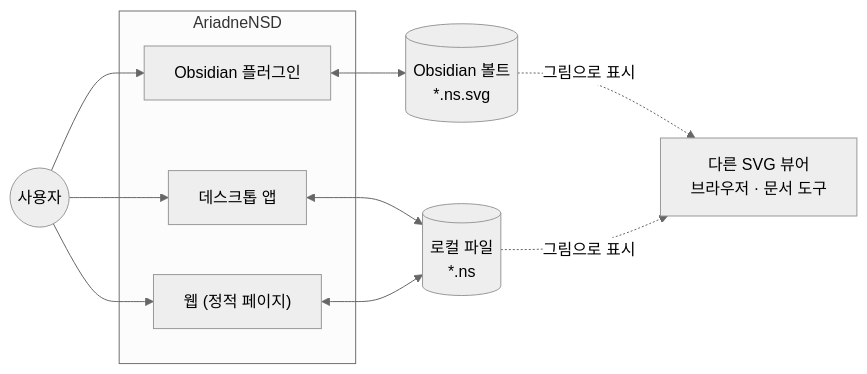
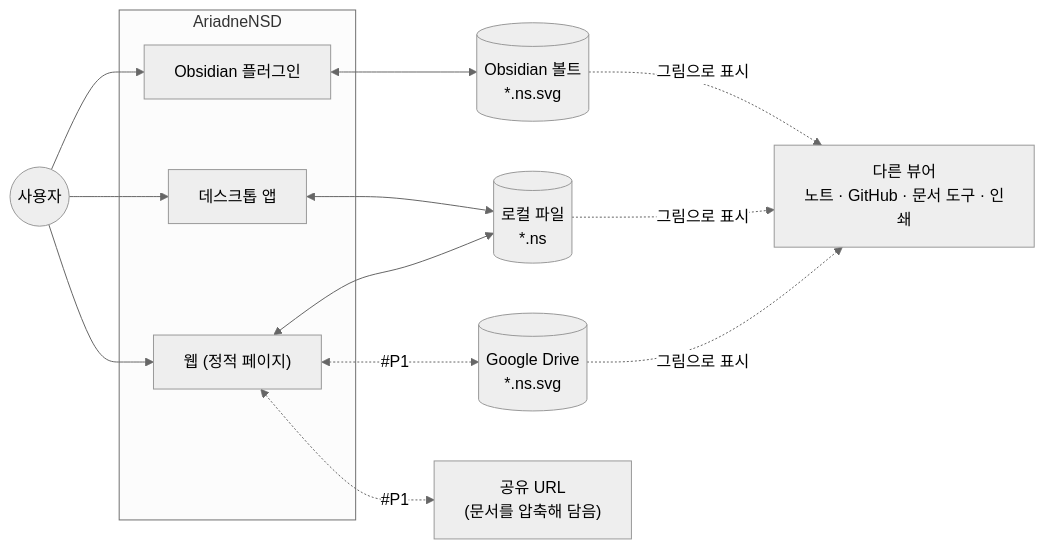
The first of 5 diagrams in docs/03-architecture/03-architecture.md (reddiana/AriadneNSD), drawn with Mermaid (neutral theme) before and after one commit. The commit also changed other lines of this file and 4 other files, not shown here.

````diff
--- a/docs/03-architecture/03-architecture.md
+++ b/docs/03-architecture/03-architecture.md
@@ -35,18 +45,21 @@
 ```mermaid
 flowchart LR
     user(("사용자"))
     subgraph apps["AriadneNSD"]
         obs["Obsidian 플러그인"]
         dsk["데스크톱 앱"]
         web["웹 (정적 페이지)"]
     end
     vault[("Obsidian 볼트<br/>*.ns.svg")]
     fs[("로컬 파일<br/>*.ns")]
-    viewer["다른 SVG 뷰어<br/>브라우저 · 문서 도구"]
+    drive[("Google Drive<br/>*.ns.svg")]
+    url["공유 URL<br/>(문서를 압축해 담음)"]
+    viewer["다른 뷰어<br/>노트 · GitHub · 문서 도구 · 인쇄"]
     user --> obs & dsk & web
     obs <--> vault
     dsk <--> fs
     web <--> fs
-    vault -.그림으로 표시.-> viewer
-    fs -.그림으로 표시.-> viewer
+    web <-.#P1.-> drive
+    web <-.#P1.-> url
+    vault & fs & drive -.그림으로 표시.-> viewer
 ```
````
